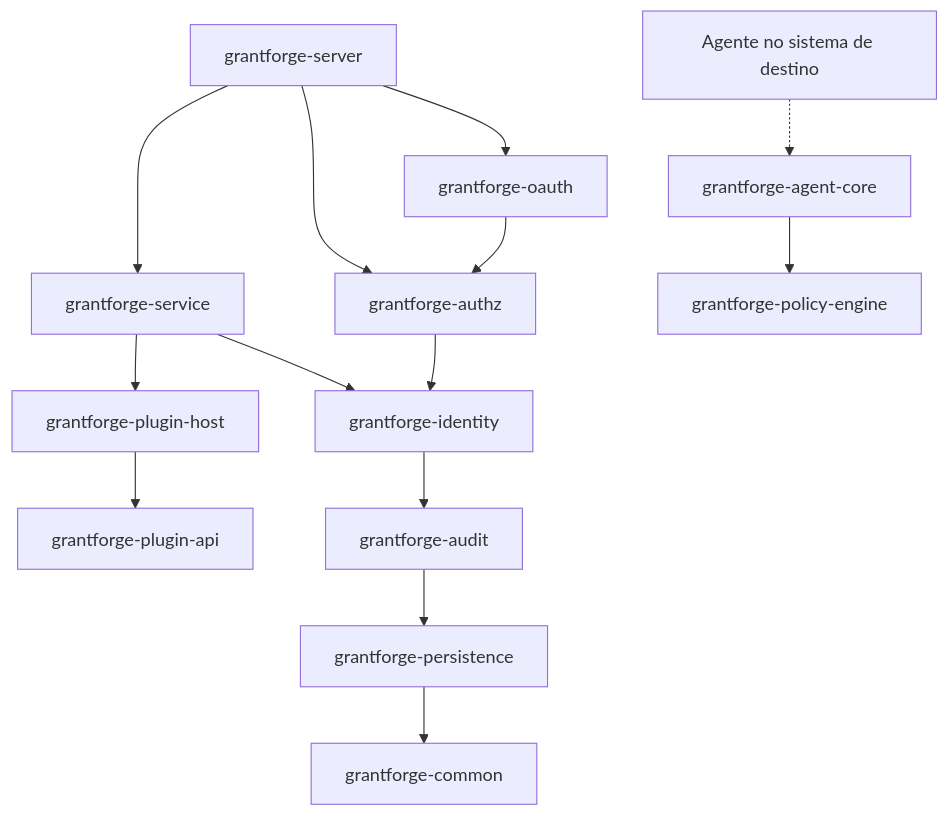
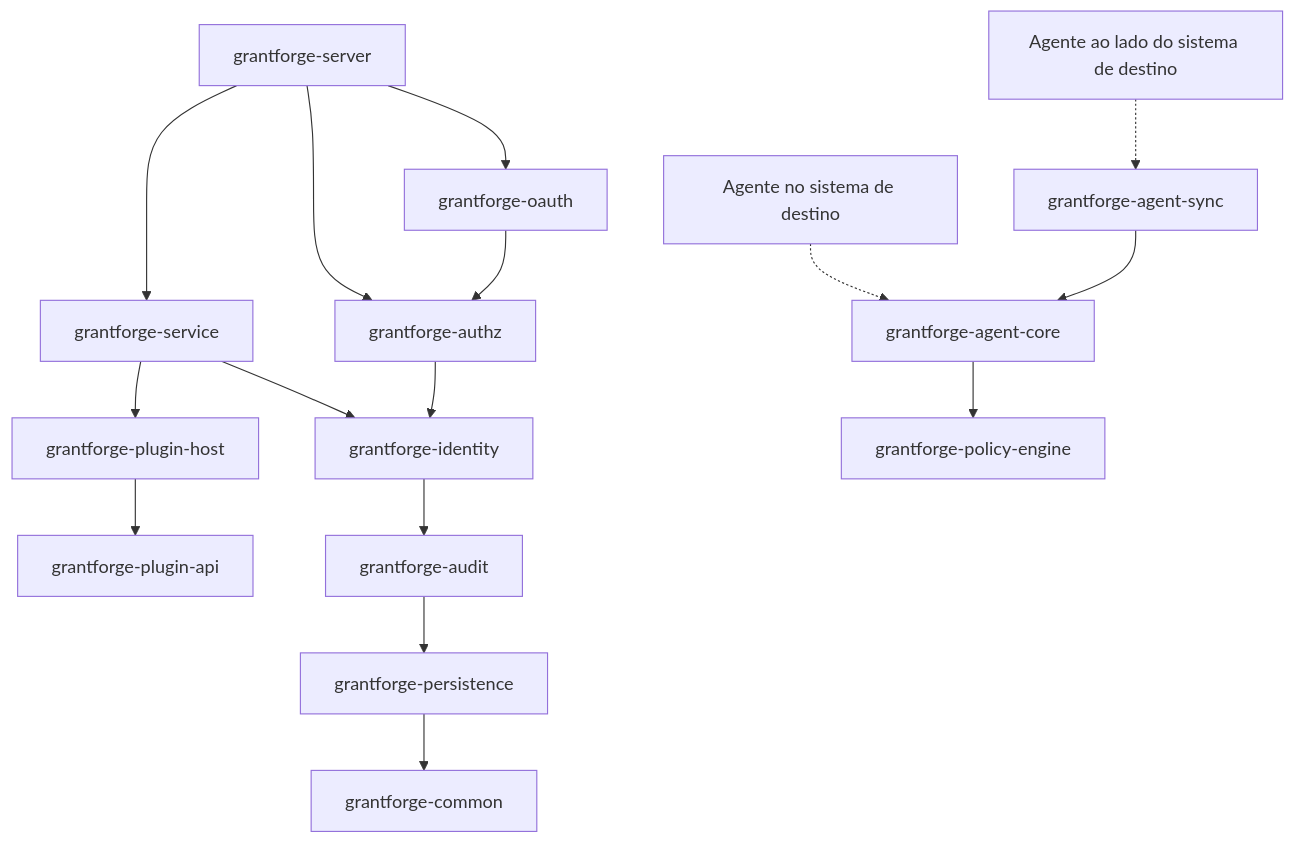
One commit to devlive-community/grantforge changed the first of 2 diagrams in docs/content/pt-br/architecture/overview.md. Above: the diagram before and after it, drawn with Mermaid. The commit also changed other lines of this file and 21 other files, not shown here.

First line of the commit message:
docs(agent-sync): document the shared core of agents beside a system

````diff
--- a/docs/content/pt-br/architecture/overview.md
+++ b/docs/content/pt-br/architecture/overview.md
@@ -18,16 +18,18 @@
 ```mermaid
 flowchart TB
   server[grantforge-server] --> oauth[grantforge-oauth]
   server --> service[grantforge-service]
   server --> authz[grantforge-authz]
   oauth --> authz
   service --> host[grantforge-plugin-host]
   service --> identity
   host --> api[grantforge-plugin-api]
   authz --> identity[grantforge-identity]
   identity --> audit[grantforge-audit]
   audit --> persistence[grantforge-persistence]
   persistence --> common[grantforge-common]
   agent[Agente no sistema de destino] -.-> agentcore[grantforge-agent-core]
+  syncagent[Agente ao lado do sistema de destino] -.-> agentsync[grantforge-agent-sync]
+  agentsync --> agentcore
   agentcore --> engine[grantforge-policy-engine]
 ```
````
